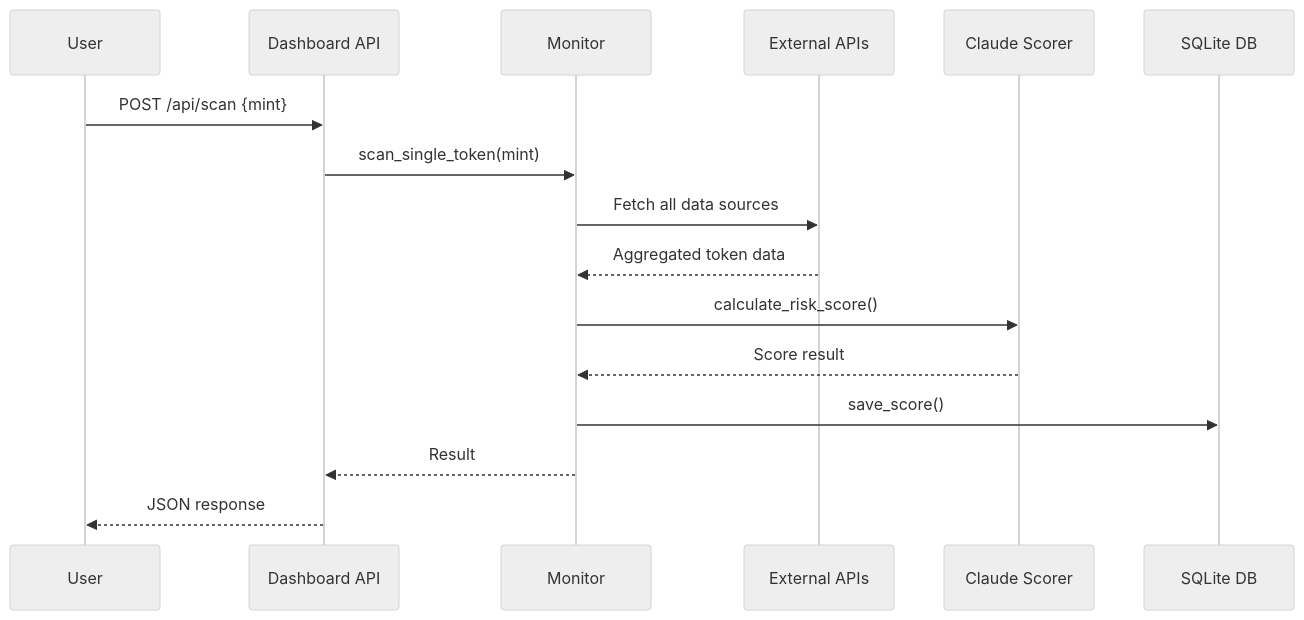
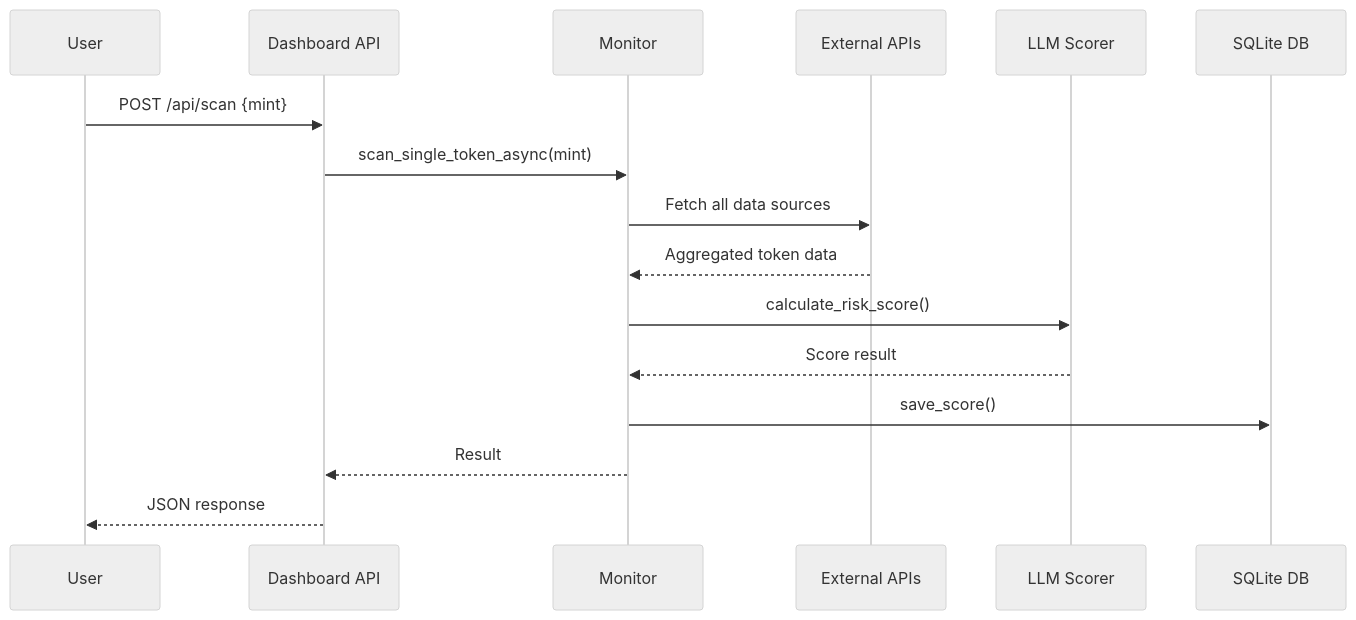
One commit to RunTimeAdmin/ScamHound changed the third of 3 diagrams in docs/ARCHITECTURE.md. Above: the diagram before and after it, drawn with Mermaid (neutral theme). The commit also changed other lines of this file and 5 other files, not shown here.

````diff
--- a/docs/ARCHITECTURE.md
+++ b/docs/ARCHITECTURE.md
@@ -286,22 +288,22 @@
 ```mermaid
 sequenceDiagram
     participant User as User
     participant Dashboard as Dashboard API
     participant Monitor as Monitor
     participant APIs as External APIs
-    participant Scorer as Claude Scorer
+    participant Scorer as LLM Scorer
     participant DB as SQLite DB
 
     User->>Dashboard: POST /api/scan {mint}
-    Dashboard->>Monitor: scan_single_token(mint)
+    Dashboard->>Monitor: scan_single_token_async(mint)
     
     Monitor->>APIs: Fetch all data sources
     APIs-->>Monitor: Aggregated token data
     
     Monitor->>Scorer: calculate_risk_score()
     Scorer-->>Monitor: Score result
     
     Monitor->>DB: save_score()
     Monitor-->>Dashboard: Result
     Dashboard-->>User: JSON response
 ```
````
